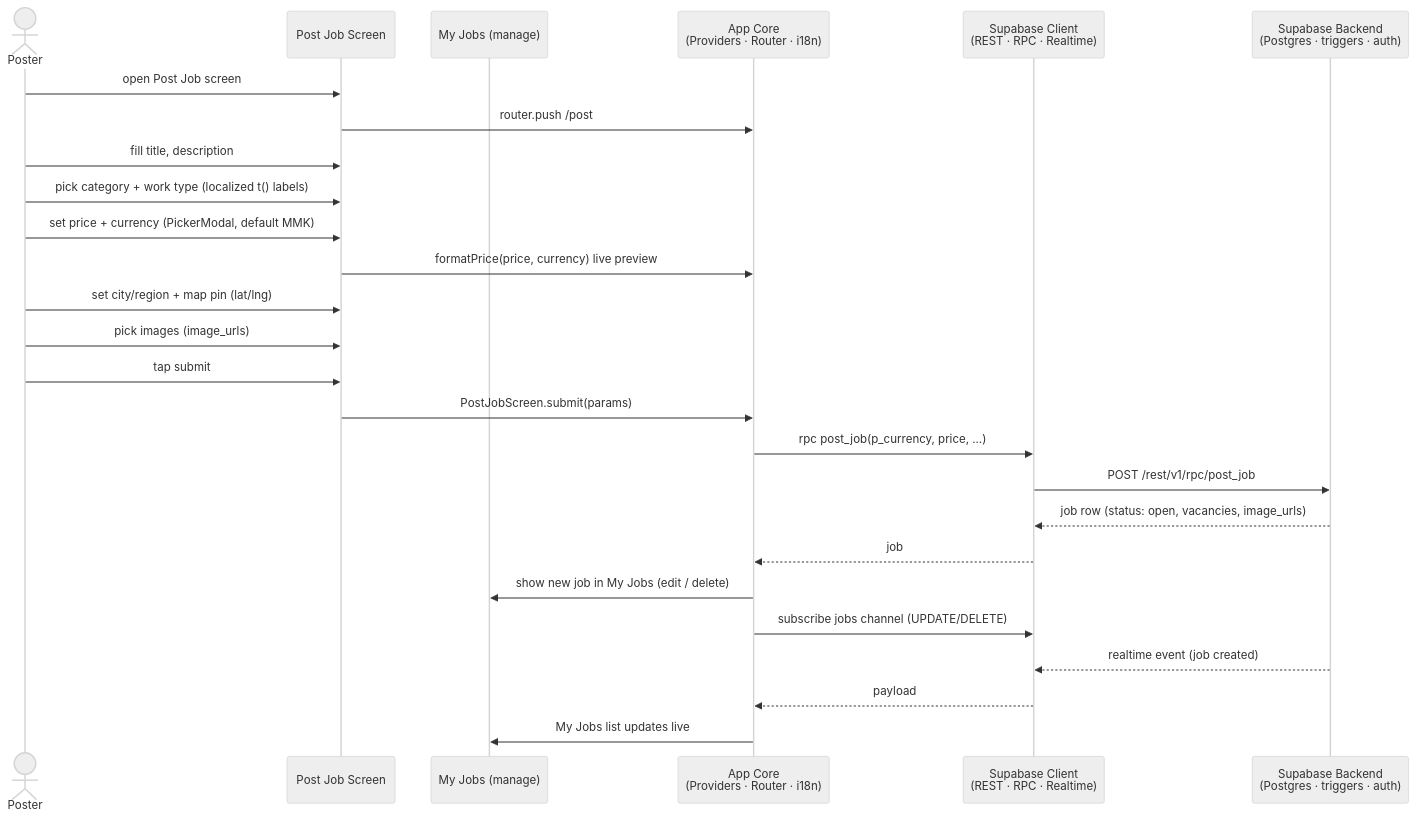
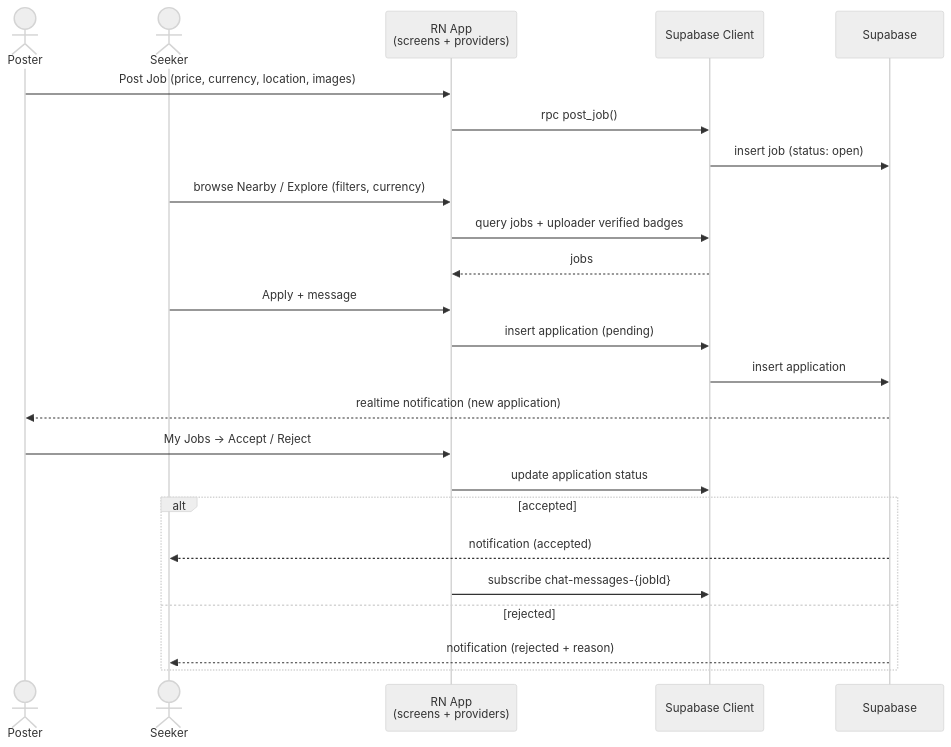
One commit to phyothant-dev/loc-jobs changed the fifth of 7 diagrams in DIAGRAMS.md. Above: the diagram before and after it, drawn with Mermaid (neutral theme). The commit also changed other lines of this file and 1 other file, not shown here.

Commit message:
docs: shrink diagrams to medium size across class, sequence and use-case diagrams

````diff
--- a/DIAGRAMS.md
+++ b/DIAGRAMS.md
@@ -468,29 +364,27 @@
 ```mermaid
 sequenceDiagram
     actor Poster
-    participant PJ as Post Job Screen
-    participant MJ as My Jobs (manage)
-    participant APP as App Core<br/>(Providers · Router · i18n)
-    participant API as Supabase Client<br/>(REST · RPC · Realtime)
-    participant SB as Supabase Backend<br/>(Postgres · triggers · auth)
+    actor Seeker
+    participant APP as RN App<br/>(screens + providers)
+    participant API as Supabase Client
+    participant SB as Supabase
 
-    Poster->>PJ: open Post Job screen
-    PJ->>APP: router.push /post
-    Poster->>PJ: fill title, description
-    Poster->>PJ: pick category + work type (localized t() labels)
-    Poster->>PJ: set price + currency (PickerModal, default MMK)
-    PJ->>APP: formatPrice(price, currency) live preview
-    Poster->>PJ: set city/region + map pin (lat/lng)
-    Poster->>PJ: pick images (image_urls)
-    Poster->>PJ: tap submit
-    PJ->>APP: PostJobScreen.submit(params)
-    APP->>API: rpc post_job(p_currency, price, ...)
-    API->>SB: POST /rest/v1/rpc/post_job
-    SB-->>API: job row (status: open, vacancies, image_urls)
-    API-->>APP: job
-    APP->>MJ: show new job in My Jobs (edit / delete)
-    APP->>API: subscribe jobs channel (UPDATE/DELETE)
-    SB-->>API: realtime event (job created)
-    API-->>APP: payload
-    APP->>MJ: My Jobs list updates live
+    Poster->>APP: Post Job (price, currency, location, images)
+    APP->>API: rpc post_job()
+    API->>SB: insert job (status: open)
+    Seeker->>APP: browse Nearby / Explore (filters, currency)
+    APP->>API: query jobs + uploader verified badges
+    API-->>APP: jobs
+    Seeker->>APP: Apply + message
+    APP->>API: insert application (pending)
+    API->>SB: insert application
+    SB-->>Poster: realtime notification (new application)
+    Poster->>APP: My Jobs → Accept / Reject
+    APP->>API: update application status
+    alt accepted
+        SB-->>Seeker: notification (accepted)
+        APP->>API: subscribe chat-messages-{jobId}
+    else rejected
+        SB-->>Seeker: notification (rejected + reason)
+    end
 ```
````
